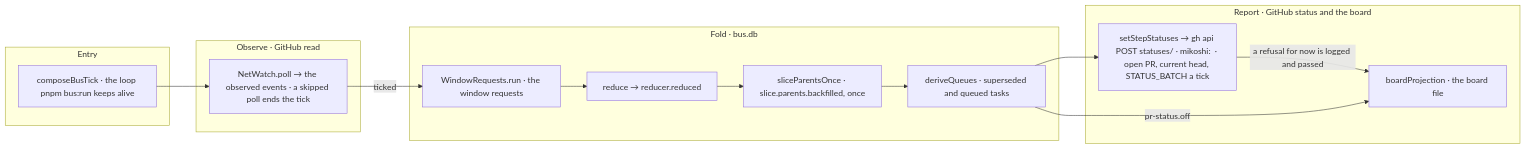
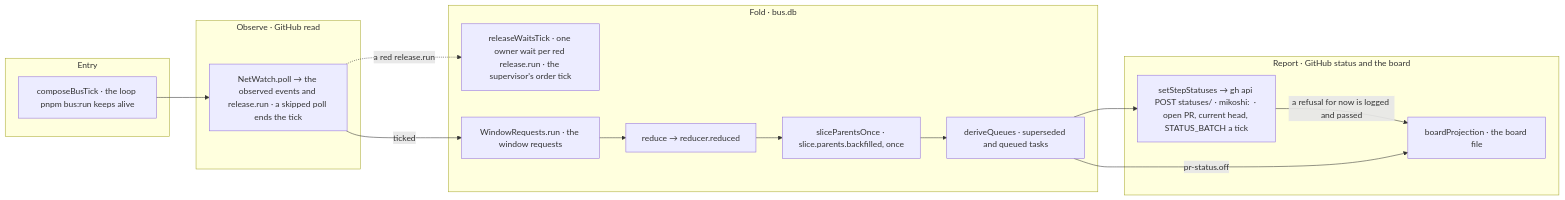
One commit to E1i/mikoshi-construct changed the diagram in architecture/composition/bus.md. Above: the diagram before and after it, drawn with Mermaid. The commit also changed other lines of this file and 10 other files, not shown here.

First line of the commit message:
bus-observes-the-release-run (#2152)

````diff
--- a/architecture/composition/bus.md
+++ b/architecture/composition/bus.md
@@ -9,27 +9,29 @@
 ```mermaid
 flowchart LR
   subgraph b_entry["Entry"]
     root["composeBusTick · the loop pnpm bus:run keeps alive"]
   end
   subgraph b_observe["Observe · GitHub read"]
-    netwatch["NetWatch.poll → the observed events · a skipped poll ends the tick"]
+    netwatch["NetWatch.poll → the observed events and release.run · a skipped poll ends the tick"]
   end
   subgraph b_fold["Fold · bus.db"]
+    releasewaits["releaseWaitsTick · one owner wait per red release.run · the supervisor's order tick"]
     requests["WindowRequests.run · the window requests"]
     reduce["reduce → reducer.reduced"]
     sliceparents["sliceParentsOnce · slice.parents.backfilled, once"]
     queues["deriveQueues · superseded and queued tasks"]
   end
   subgraph b_report["Report · GitHub status and the board"]
     statuses["setStepStatuses → gh api POST statuses/<head> · mikoshi: <step> · open PR, current head, STATUS_BATCH a tick"]
     board["boardProjection · the board file"]
   end
   root --> netwatch
   netwatch -->|"ticked"| requests
+  netwatch -.->|"a red release.run"| releasewaits
   requests --> reduce
   reduce --> sliceparents
   sliceparents --> queues
   queues --> statuses
   statuses -->|"a refusal for now is logged and passed"| board
   queues -->|"pr-status.off"| board
 ```
````
